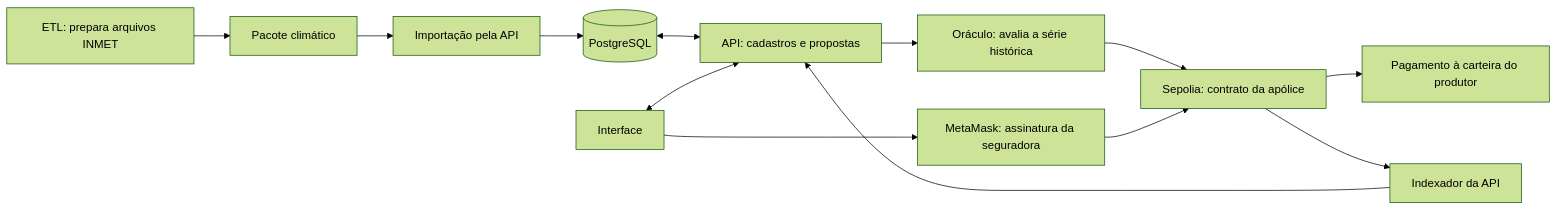
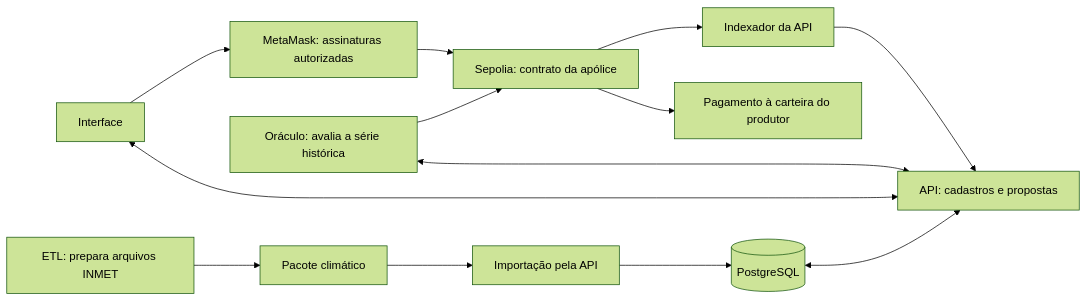
One commit to USJT2026TCC/AgroSmart changed the diagram in interface/README.md. Above: the diagram before and after it, drawn with Mermaid (forest theme). The commit also changed other lines of this file and 121 other files, not shown here.

````diff
--- a/interface/README.md
+++ b/interface/README.md
@@ -37,15 +37,15 @@
 ```mermaid
 flowchart LR
   ETL[ETL: prepara arquivos INMET] --> DADOS[Pacote climático]
   DADOS --> CARGA[Importação pela API]
   CARGA --> DB[(PostgreSQL)]
   DB <--> API[API: cadastros e propostas]
   UI[Interface] <--> API
-  API --> OR[Oráculo: avalia a série histórica]
+  OR[Oráculo: avalia a série histórica] <--> API
   OR --> SC[Sepolia: contrato da apólice]
-  UI --> MM[MetaMask: assinatura da seguradora]
+  UI --> MM[MetaMask: assinaturas autorizadas]
   MM --> SC
   SC --> PG[Pagamento à carteira do produtor]
   SC --> IX[Indexador da API]
   IX --> API
 ```
````
